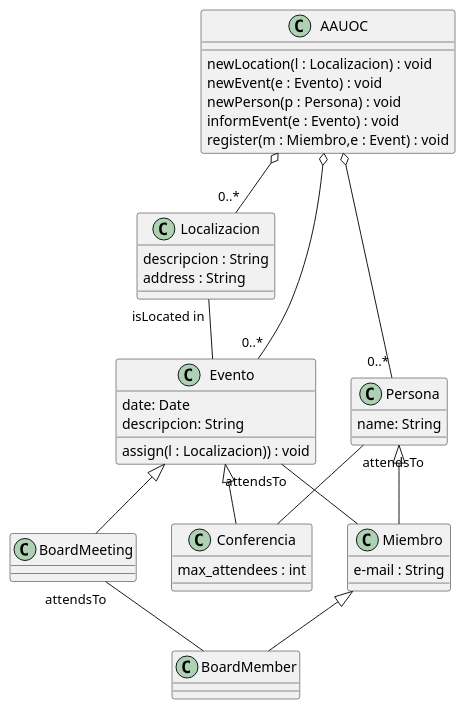
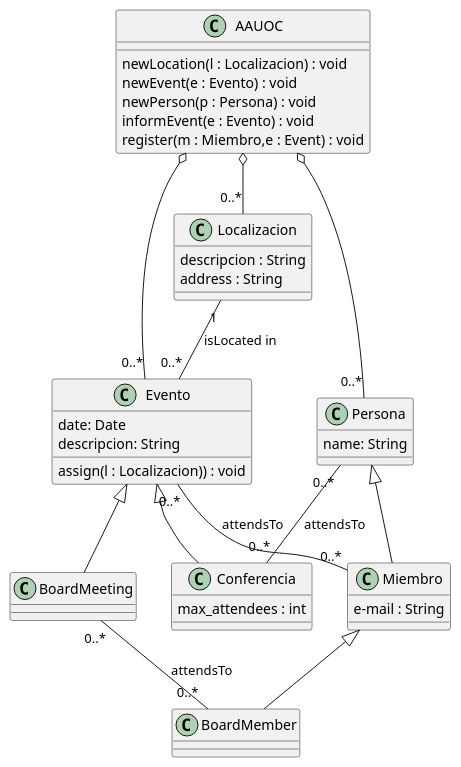
Before and after one commit to abrahambelen/UMLClasesAbrahamBelenDuran: the diagram in src/EjercicioUML.puml, drawn with PlantUML.

Commit message:
Cardinalidades restantes

```diff
--- a/src/EjercicioUML.puml
+++ b/src/EjercicioUML.puml
@@ -1,64 +1,64 @@
 @startuml
 
 class Miembro{
 e-mail : String
 
 }
 
 class BoardMember{
 
 }
 
 class Evento{
 date: Date
 descripcion: String
 assign(l : Localizacion)) : void
 
 }
 
 class Conferencia{
 max_attendees : int
 }
 
 class BoardMeeting{
 
 }
 
 class Localizacion{
 descripcion : String
 address : String
 }
 
 class Persona{
 name: String
 
 }
 
 class AAUOC{
 newLocation(l : Localizacion) : void
 newEvent(e : Evento) : void
 newPerson(p : Persona) : void
 informEvent(e : Evento) : void
 register(m : Miembro,e : Event) : void
 }
 
 Evento <|-- Conferencia
 Evento <|-- BoardMeeting
 
 Persona <|-- Miembro
 Miembro <|-- BoardMember
 
 AAUOC o-- "0..*" Persona
 AAUOC o-- "0..*" Localizacion
 AAUOC o-- "0..*" Evento
 
-Persona "attendsTo" -- Conferencia
+Persona "0..*" -- "0..*" Conferencia : "attendsTo"
 
-BoardMeeting "attendsTo" -- BoardMember
+BoardMeeting "0..*"  -- "0..*" BoardMember: "attendsTo"
 
-Evento "attendsTo" -- Miembro
+Evento "0..*" -- "0..*" Miembro: "attendsTo"
 
-Localizacion "isLocated in" -- Evento
+Localizacion "1" -- "0..*" Evento: "isLocated in"
 
 
 @enduml
```
